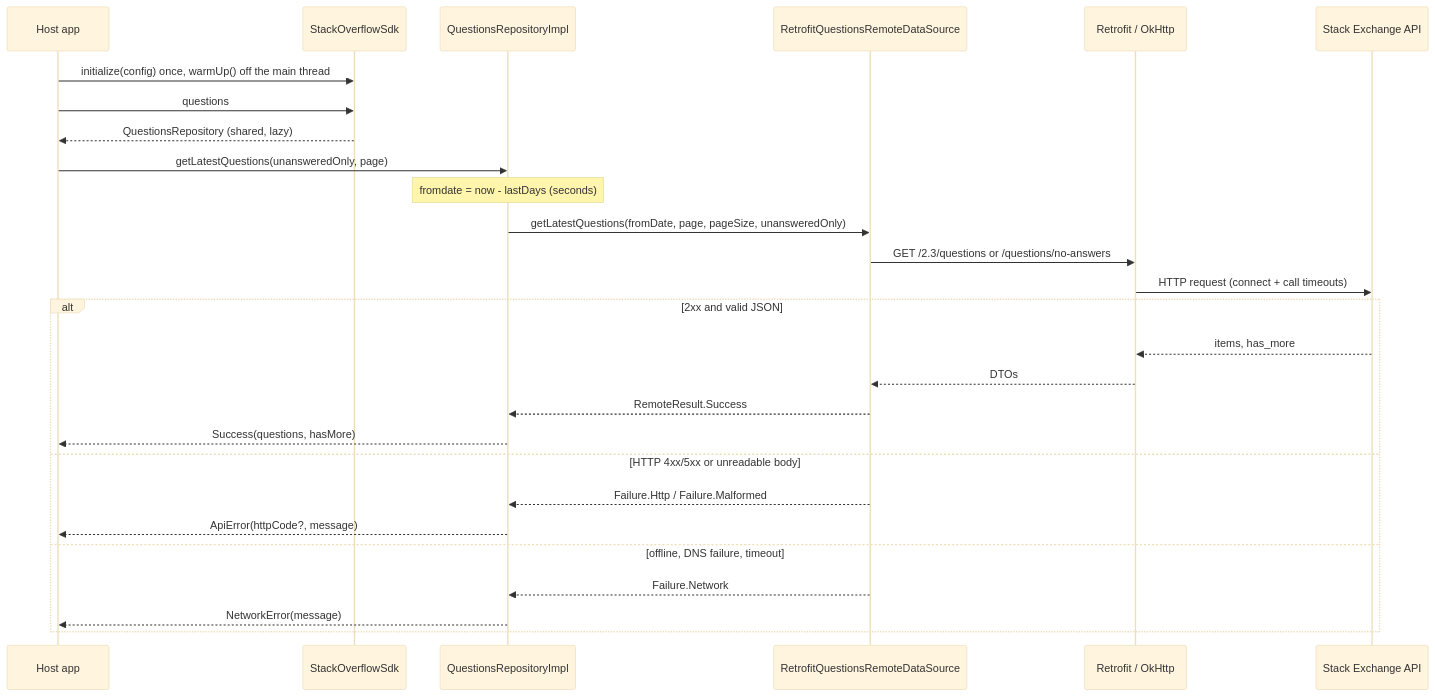
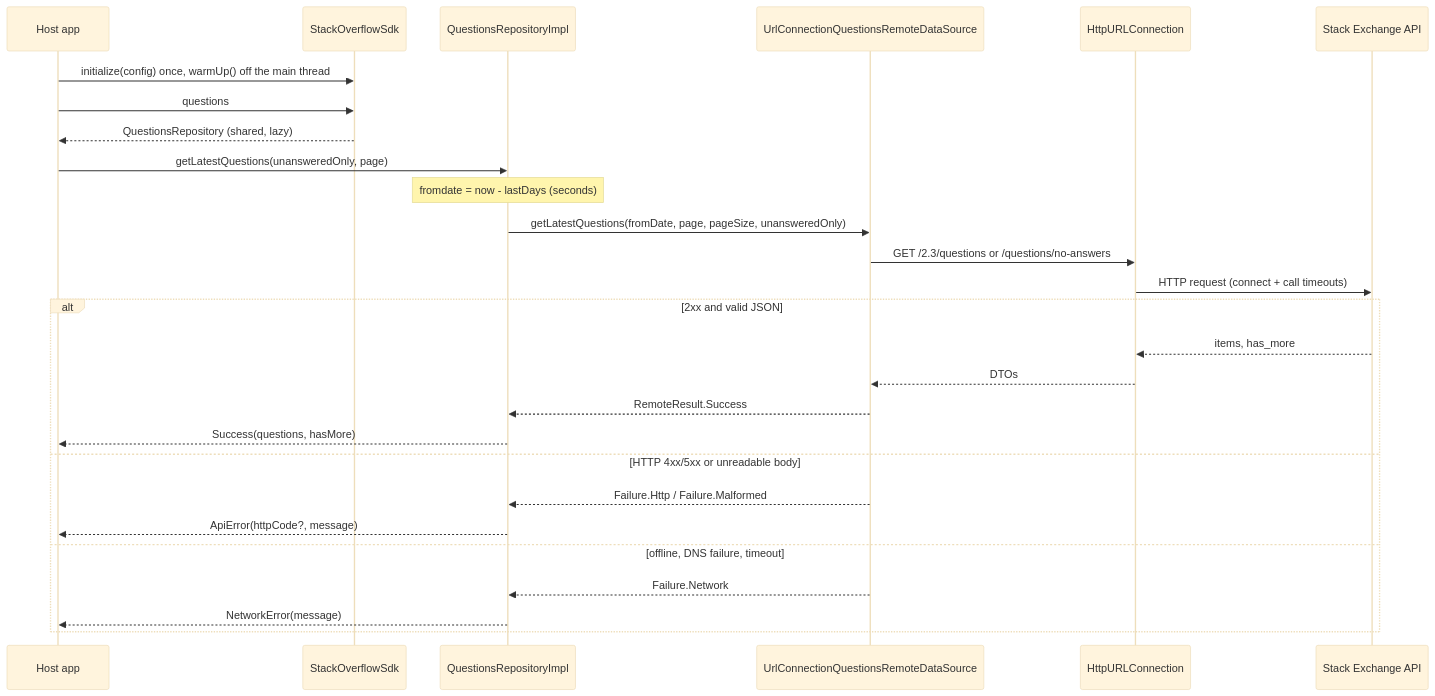
The second of 4 diagrams in docs/architecture.md (alexfin90/StackOverFlowAssignment), drawn with Mermaid (base theme) before and after one commit. The commit also changed other lines of this file and 16 other files, not shown here.

First line of the commit message:
refactor(sdk): replace Retrofit and OkHttp with the platform's HttpURLConnection

````diff
--- a/docs/architecture.md
+++ b/docs/architecture.md
@@ -30,30 +30,30 @@
 ```mermaid
 sequenceDiagram
     participant App as Host app
     participant Sdk as StackOverflowSdk
     participant Repo as QuestionsRepositoryImpl
-    participant Remote as RetrofitQuestionsRemoteDataSource
-    participant Http as Retrofit / OkHttp
+    participant Remote as UrlConnectionQuestionsRemoteDataSource
+    participant Http as HttpURLConnection
     participant So as Stack Exchange API
 
     App->>Sdk: initialize(config) once, warmUp() off the main thread
     App->>Sdk: questions
     Sdk-->>App: QuestionsRepository (shared, lazy)
     App->>Repo: getLatestQuestions(unansweredOnly, page)
     Note over Repo: fromdate = now - lastDays (seconds)
     Repo->>Remote: getLatestQuestions(fromDate, page, pageSize, unansweredOnly)
     Remote->>Http: GET /2.3/questions or /questions/no-answers
     Http->>So: HTTP request (connect + call timeouts)
     alt 2xx and valid JSON
         So-->>Http: items, has_more
         Http-->>Remote: DTOs
         Remote-->>Repo: RemoteResult.Success
         Repo-->>App: Success(questions, hasMore)
     else HTTP 4xx/5xx or unreadable body
         Remote-->>Repo: Failure.Http / Failure.Malformed
         Repo-->>App: ApiError(httpCode?, message)
     else offline, DNS failure, timeout
         Remote-->>Repo: Failure.Network
         Repo-->>App: NetworkError(message)
     end
 ```
````
